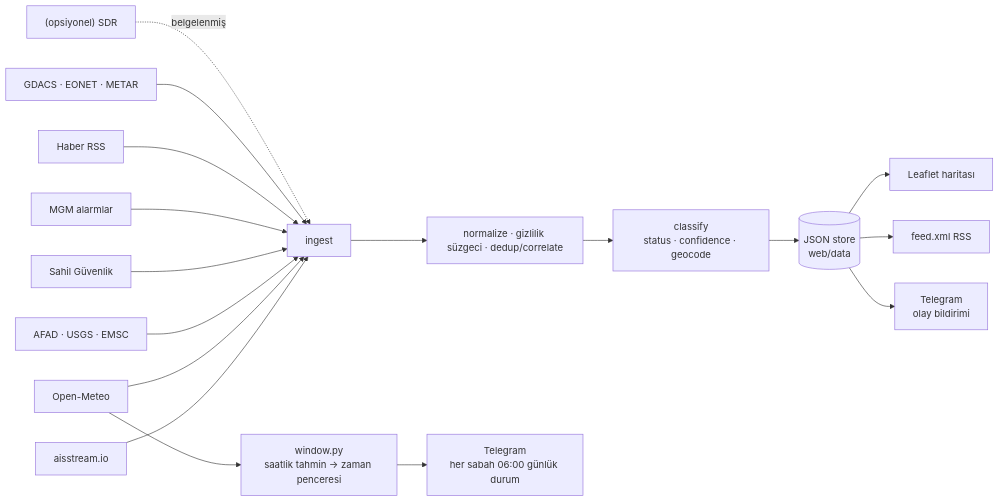
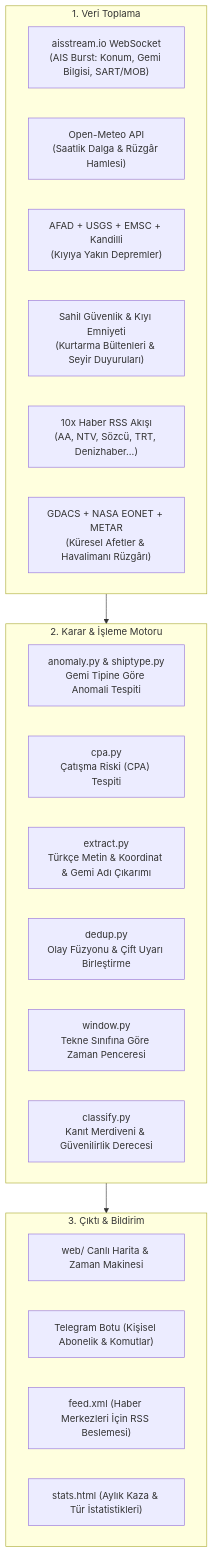
One commit to KeremKalyoncu/maritime-watch changed the diagram in README.md. Above: the diagram before and after it, drawn with Mermaid. The commit also changed other lines of this file and 9 other files, not shown here.

````diff
--- a/README.md
+++ b/README.md
@@ -119,19 +205,30 @@
 ```mermaid
-flowchart LR
-    A1[aisstream.io] --> P[ingest]
-    A2[Open-Meteo] --> P
-    A3["AFAD · USGS · EMSC"] --> P
-    A4[Sahil Güvenlik] --> P
-    A5[MGM alarmlar] --> P
-    A6[Haber RSS] --> P
-    A7["GDACS · EONET · METAR"] --> P
-    A8["(opsiyonel) SDR"] -. belgelenmiş .-> P
-    P --> N["normalize · gizlilik süzgeci · dedup/correlate"]
-    N --> C["classify<br/>status · confidence · geocode"]
-    C --> S[("JSON store<br/>web/data")]
-    S --> M[Leaflet haritası]
-    S --> F[feed.xml RSS]
-    S --> T["Telegram<br/>olay bildirimi"]
-    A2 --> W["window.py<br/>saatlik tahmin → zaman penceresi"]
-    W --> D["Telegram<br/>her sabah 06:00 günlük durum"]
+flowchart TD
+    subgraph INGEST [1. Veri Toplama]
+        AIS["aisstream.io WebSocket<br/>(AIS Burst: Konum, Gemi Bilgisi, SART/MOB)"]
+        METEO["Open-Meteo API<br/>(Saatlik Dalga & Rüzgâr Hamlesi)"]
+        QUAKE["AFAD + USGS + EMSC + Kandilli<br/>(Kıyıya Yakın Depremler)"]
+        OFFICIAL["Sahil Güvenlik & Kıyı Emniyeti<br/>(Kurtarma Bültenleri & Seyir Duyuruları)"]
+        NEWS["10x Haber RSS Akışı<br/>(AA, NTV, Sözcü, TRT, Denizhaber...)"]
+        GLOBAL["GDACS + NASA EONET + METAR<br/>(Küresel Afetler & Havalimanı Rüzgârı)"]
+    end
+
+    subgraph PROCESS [2. Karar & İşleme Motoru]
+        ANOM["anomaly.py & shiptype.py<br/>Gemi Tipine Göre Anomali Tespiti"]
+        CPA["cpa.py<br/>Çatışma Riski (CPA) Tespiti"]
+        EXTRACT["extract.py<br/>Türkçe Metin & Koordinat & Gemi Adı Çıkarımı"]
+        DEDUP["dedup.py<br/>Olay Füzyonu & Çift Uyarı Birleştirme"]
+        WINDOW["window.py<br/>Tekne Sınıfına Göre Zaman Penceresi"]
+        CLASSIFY["classify.py<br/>Kanıt Merdiveni & Güvenilirlik Derecesi"]
+    end
+
+    subgraph OUTPUT [3. Çıktı & Bildirim]
+        MAP["web/ Canlı Harita & Zaman Makinesi"]
+        BOT["Telegram Botu (Kişisel Abonelik & Komutlar)"]
+        RSS["feed.xml (Haber Merkezleri İçin RSS Beslemesi)"]
+        STATS["stats.html (Aylık Kaza & Tür İstatistikleri)"]
+    end
+
+    INGEST --> PROCESS
+    PROCESS --> OUTPUT
 ```
````
